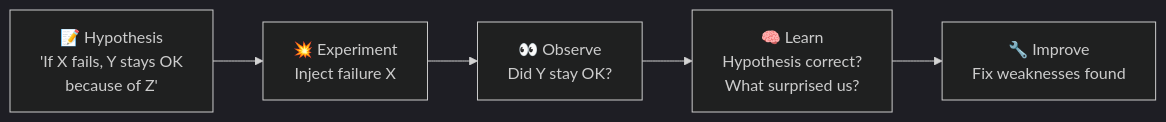
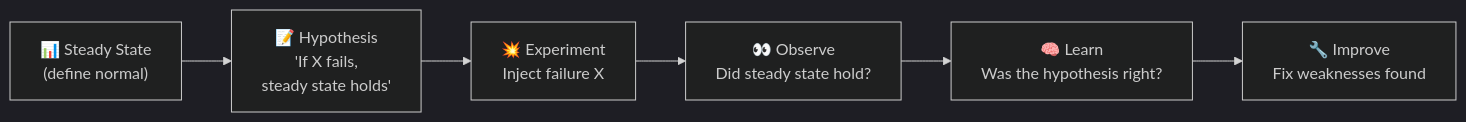
One commit to inno-devops-labs/SRE-Intro changed the first of 3 diagrams in lectures/lec8.md. Above: the diagram before and after it, drawn with Mermaid (dark theme). The commit also changed other lines of this file and 7 other files, not shown here.

````diff
--- a/lectures/lec8.md
+++ b/lectures/lec8.md
@@ -34,7 +38,8 @@
 ```mermaid
 graph LR
-    H["📝 Hypothesis<br/>'If X fails, Y stays OK<br/>because of Z'"] --> E["💥 Experiment<br/>Inject failure X"]
-    E --> O["👀 Observe<br/>Did Y stay OK?"]
-    O --> L["🧠 Learn<br/>Hypothesis correct?<br/>What surprised us?"]
+    SS["📊 Steady State<br/>(define normal)"] --> H["📝 Hypothesis<br/>'If X fails,<br/>steady state holds'"]
+    H --> E["💥 Experiment<br/>Inject failure X"]
+    E --> O["👀 Observe<br/>Did steady state hold?"]
+    O --> L["🧠 Learn<br/>Was the hypothesis right?"]
     L --> I["🔧 Improve<br/>Fix weaknesses found"]
 ```
````
